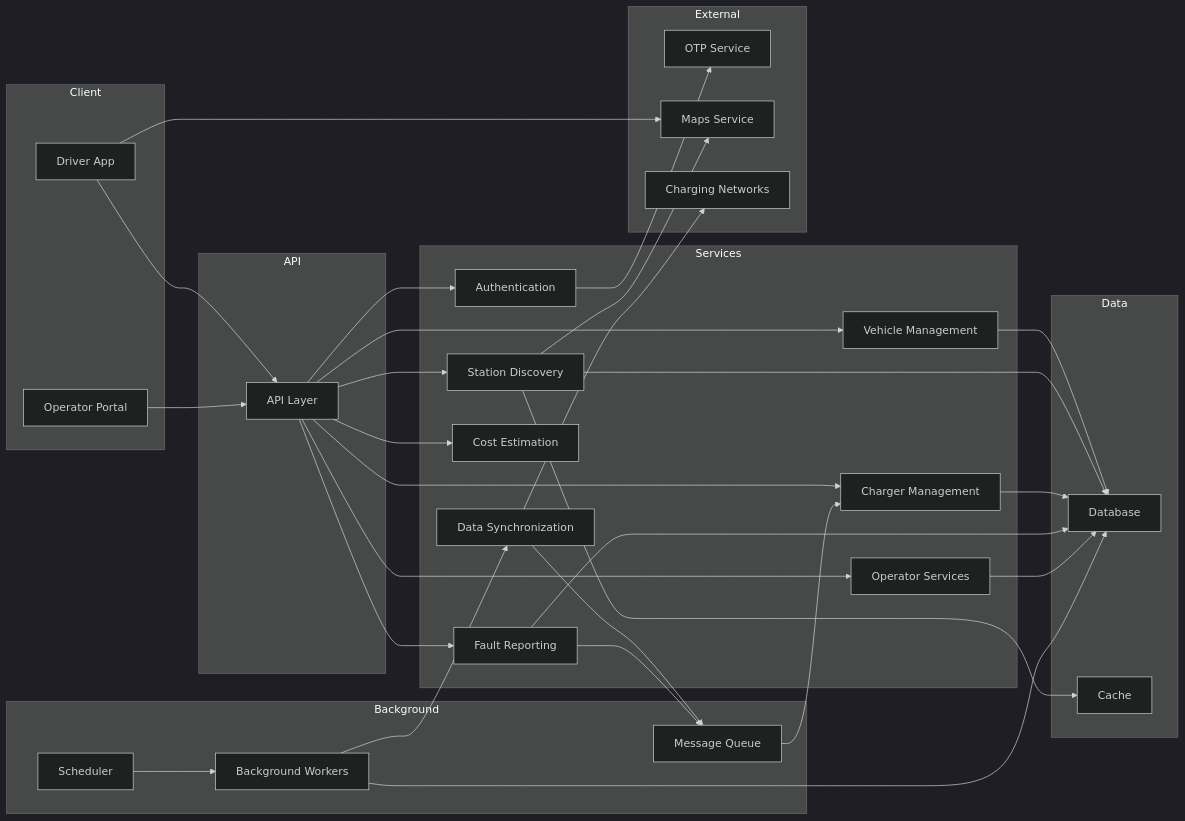
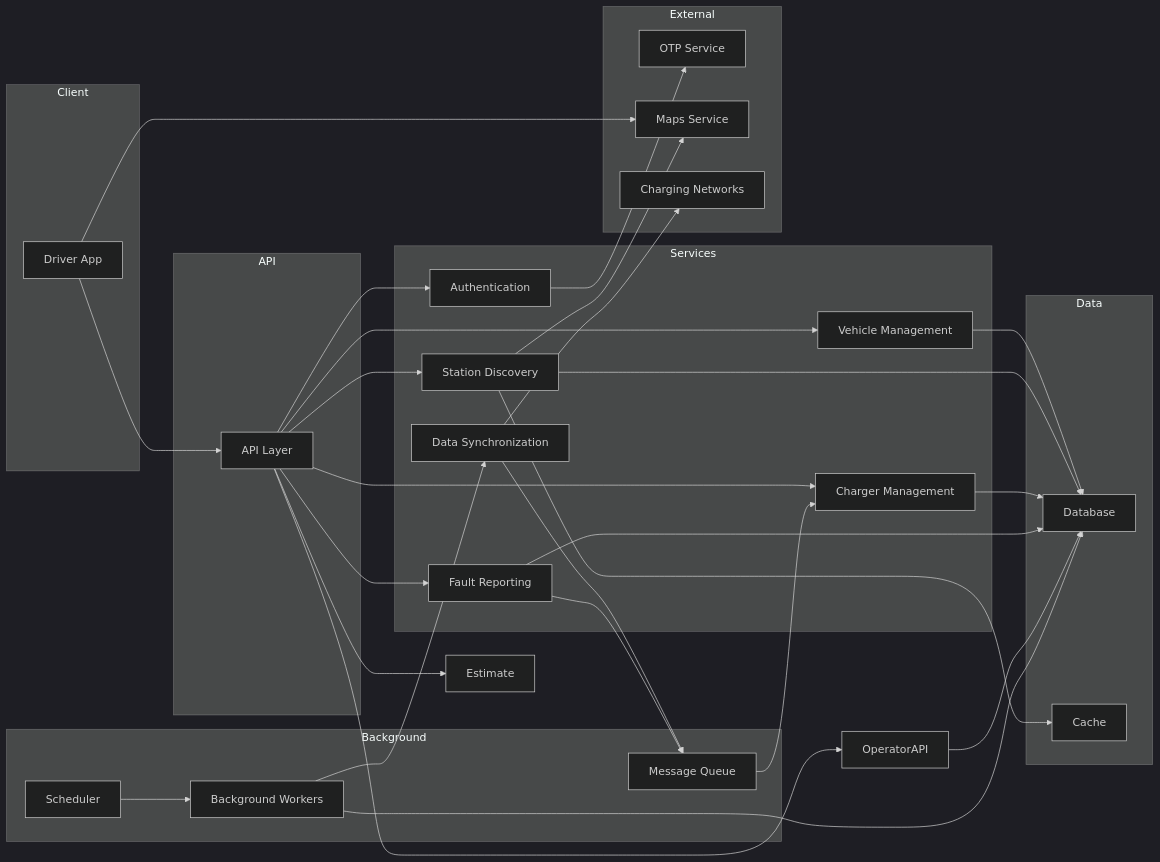
The first of 5 diagrams in ChargeFinder_TDD.md (ashish185/charger-finder), drawn with Mermaid (dark theme) before and after one commit. The commit also changed other lines of this file, not shown here.

````diff
--- a/ChargeFinder_TDD.md
+++ b/ChargeFinder_TDD.md
@@ -42,74 +44,70 @@
 ```mermaid
 flowchart LR
 
 subgraph Client
     Driver["Driver App"]
-    Operator["Operator Portal"]
 end
 
 subgraph API
     Gateway["API Layer"]
 end
 
 subgraph Services
     Auth["Authentication"]
     Vehicle["Vehicle Management"]
     Discovery["Station Discovery"]
     Charger["Charger Management"]
     Report["Fault Reporting"]
-    Estimate["Cost Estimation"]
-    OperatorAPI["Operator Services"]
     Sync["Data Synchronization"]
 end
 
 subgraph Background
     Scheduler["Scheduler"]
     Queue["Message Queue"]
     Worker["Background Workers"]
 end
 
 subgraph Data
     Database["Database"]
     Cache["Cache"]
 end
 
 subgraph External
     OTP["OTP Service"]
     Maps["Maps Service"]
     CPO["Charging Networks"]
 end
 
 Driver --> Gateway
-Operator --> Gateway
 
 Gateway --> Auth
 Gateway --> Vehicle
 Gateway --> Discovery
 Gateway --> Charger
 Gateway --> Report
 Gateway --> Estimate
 Gateway --> OperatorAPI
 
 Auth --> OTP
 
 Discovery --> Maps
 Driver --> Maps
 
 Vehicle --> Database
 Discovery --> Database
 Charger --> Database
 Report --> Database
 OperatorAPI --> Database
 
 Discovery --> Cache
 
 Scheduler --> Worker
 Worker --> Sync
 Worker --> Database
 
 Sync --> CPO
 Sync --> Queue
 Queue --> Charger
 
 Report --> Queue
 ```
````
